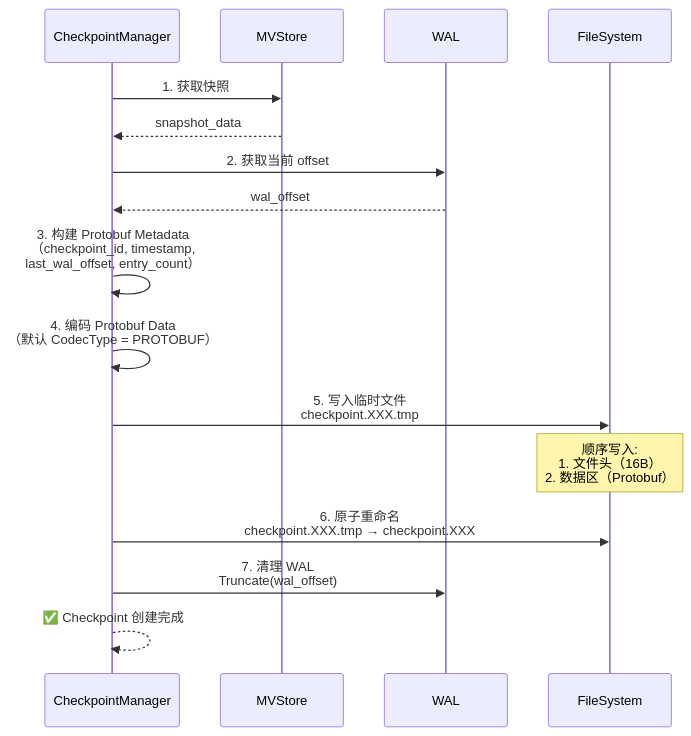
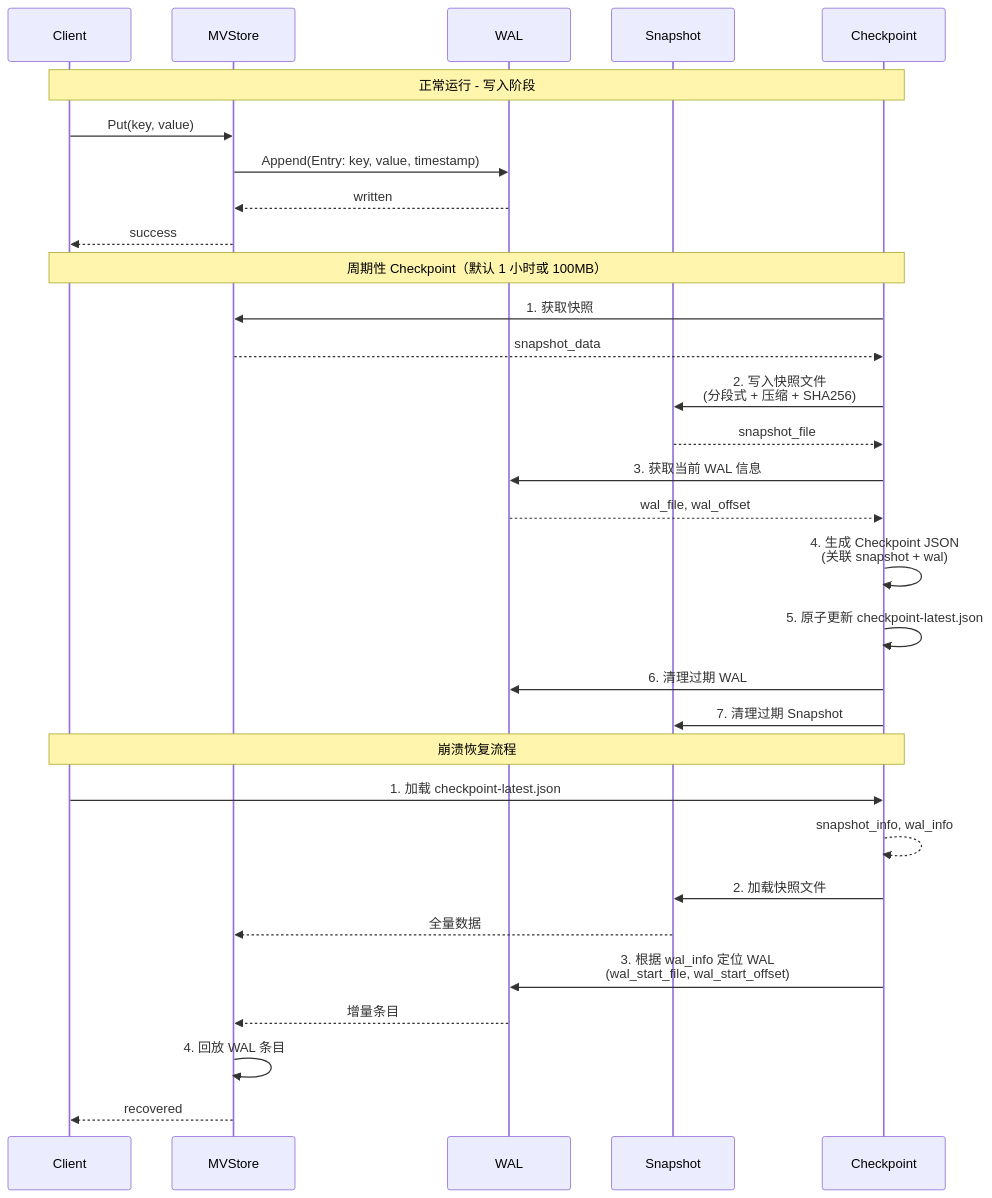
One commit to jzhang405/NexKV changed the fourth of 8 diagrams in docs/06_project_management/pr_documents/feature/2026-01-19_PR-003_WAL_Checkpoint_机制实现_Pre.md. Above: the diagram before and after it, drawn with Mermaid. The commit also changed other lines of this file and 51 other files, not shown here.

````diff
--- a/docs/06_project_management/pr_documents/feature/2026-01-19_PR-003_WAL_Checkpoint_机制实现_Pre.md
+++ b/docs/06_project_management/pr_documents/feature/2026-01-19_PR-003_WAL_Checkpoint_机制实现_Pre.md
@@ -401,26 +443,43 @@
 ```mermaid
 sequenceDiagram
-    participant CM as CheckpointManager
-    participant MV as MVStore
-    participant WAL as WAL
-    participant FS as FileSystem
+    participant Client
+    participant MVStore
+    participant WAL
+    participant Snapshot
+    participant Checkpoint
 
-    CM->>MV: 1. 获取快照
-    MV-->>CM: snapshot_data
+    Note over Client,Checkpoint: 正常运行 - 写入阶段
+    Client->>MVStore: Put(key, value)
+    MVStore->>WAL: Append(Entry: key, value, timestamp)
+    WAL-->>MVStore: written
+    MVStore-->>Client: success
 
-    CM->>WAL: 2. 获取当前 offset
-    WAL-->>CM: wal_offset
+    Note over Client,Checkpoint: 周期性 Checkpoint（默认 1 小时或 100MB）
+    Checkpoint->>MVStore: 1. 获取快照
+    MVStore-->>Checkpoint: snapshot_data
 
-    CM->>CM: 3. 构建 Protobuf Metadata<br/>（checkpoint_id, timestamp,<br/>last_wal_offset, entry_count）
+    Checkpoint->>Snapshot: 2. 写入快照文件<br/>(分段式 + 压缩 + SHA256)
+    Snapshot-->>Checkpoint: snapshot_file
 
-    CM->>CM: 4. 编码 Protobuf Data<br/>（默认 CodecType = PROTOBUF）
+    Checkpoint->>WAL: 3. 获取当前 WAL 信息
+    WAL-->>Checkpoint: wal_file, wal_offset
 
-    CM->>FS: 5. 写入临时文件<br/>checkpoint.XXX.tmp
-    Note over FS: 顺序写入:<br/>1. 文件头（16B）<br/>2. 数据区（Protobuf）
+    Checkpoint->>Checkpoint: 4. 生成 Checkpoint JSON<br/>(关联 snapshot + wal)
+    Checkpoint->>Checkpoint: 5. 原子更新 checkpoint-latest.json
 
-    CM->>FS: 6. 原子重命名<br/>checkpoint.XXX.tmp → checkpoint.XXX
+    Checkpoint->>WAL: 6. 清理过期 WAL
+    Checkpoint->>Snapshot: 7. 清理过期 Snapshot
 
-    CM->>WAL: 7. 清理 WAL<br/>Truncate(wal_offset)
+    Note over Client,Checkpoint: 崩溃恢复流程
+    Client->>Checkpoint: 1. 加载 checkpoint-latest.json
+    Checkpoint-->>Checkpoint: snapshot_info, wal_info
 
-    CM-->>CM: ✅ Checkpoint 创建完成
+    Checkpoint->>Snapshot: 2. 加载快照文件
+    Snapshot-->>MVStore: 全量数据
+
+    Checkpoint->>WAL: 3. 根据 wal_info 定位 WAL<br/>(wal_start_file, wal_start_offset)
+    WAL-->>MVStore: 增量条目
+
+    MVStore->>MVStore: 4. 回放 WAL 条目
+    MVStore-->>Client: recovered
 ```
````
